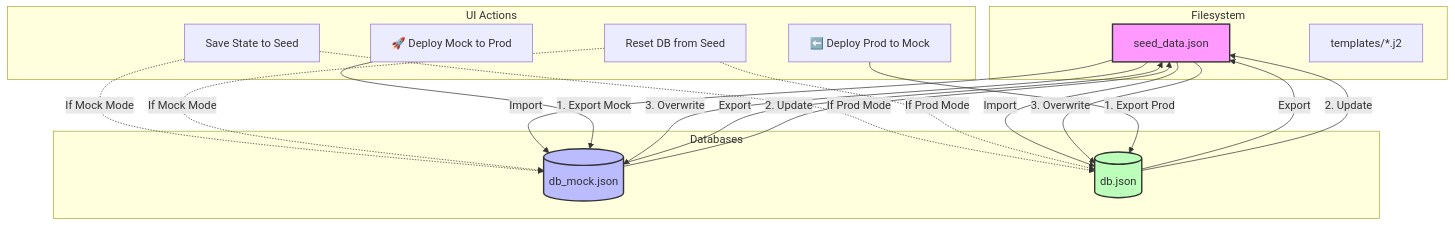
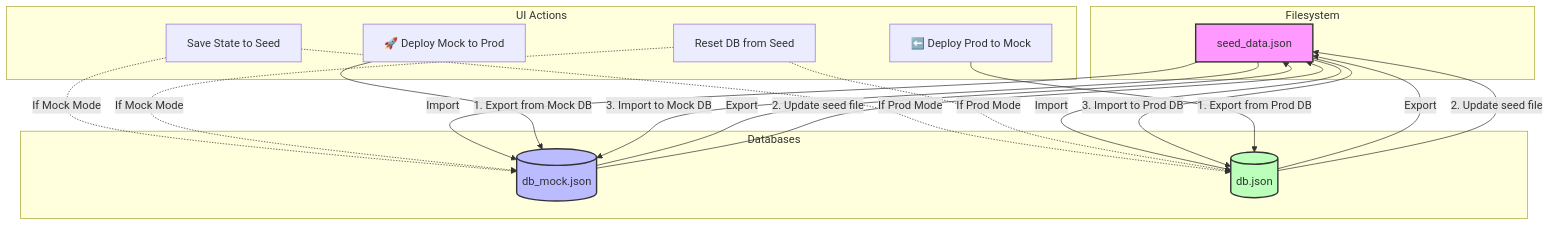
The second of 2 diagrams in docs/data_management.md (launis/quorum), drawn with Mermaid before and after one commit. The commit also changed other lines of this file and 58 other files, not shown here.

````diff
--- a/docs/data_management.md
+++ b/docs/data_management.md
@@ -154,45 +157,44 @@
 ```mermaid
 graph TD
     subgraph Filesystem
         SEED[seed_data.json]
-        TEMPLATES[templates/*.j2]
     end
 
     subgraph Databases
         MOCK_DB[(db_mock.json)]
         PROD_DB[(db.json)]
     end
 
     subgraph UI Actions
         SAVE[Save State to Seed]
         RESET[Reset DB from Seed]
         DEPLOY_M2P[🚀 Deploy Mock to Prod]
         DEPLOY_P2M[⬅️ Deploy Prod to Mock]
     end
 
     %% Save State (Context dependent)
     SAVE -.->|If Mock Mode| MOCK_DB
     SAVE -.->|If Prod Mode| PROD_DB
     MOCK_DB -->|Export| SEED
     PROD_DB -->|Export| SEED
 
     %% Reset (Context dependent)
     RESET -.->|If Mock Mode| MOCK_DB
     RESET -.->|If Prod Mode| PROD_DB
     SEED -->|Import| MOCK_DB
     SEED -->|Import| PROD_DB
 
     %% Deploy Mock to Prod
-    DEPLOY_M2P -->|1. Export Mock| MOCK_DB
-    MOCK_DB -->|2. Update| SEED
-    SEED -->|3. Overwrite| PROD_DB
+    DEPLOY_M2P -->|1. Export from Mock DB| MOCK_DB
+    MOCK_DB -->|2. Update seed file| SEED
+    SEED -->|3. Import to Prod DB| PROD_DB
 
     %% Deploy Prod to Mock
-    DEPLOY_P2M -->|1. Export Prod| PROD_DB
-    PROD_DB -->|2. Update| SEED
-    SEED -->|3. Overwrite| MOCK_DB
+    DEPLOY_P2M -->|1. Export from Prod DB| PROD_DB
+    PROD_DB -->|2. Update seed file| SEED
+    SEED -->|3. Import to Mock DB| MOCK_DB
 
     style SEED fill:#f9f,stroke:#333,stroke-width:2px
     style MOCK_DB fill:#bbf,stroke:#333,stroke-width:2px
     style PROD_DB fill:#bfb,stroke:#333,stroke-width:2px
 ```
````
